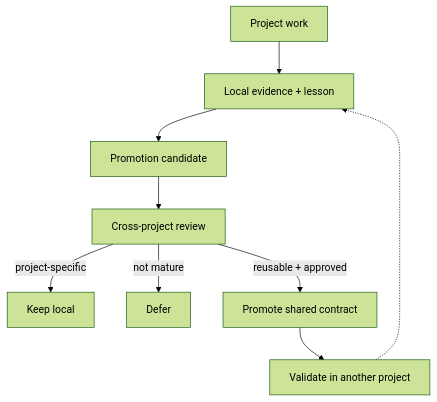
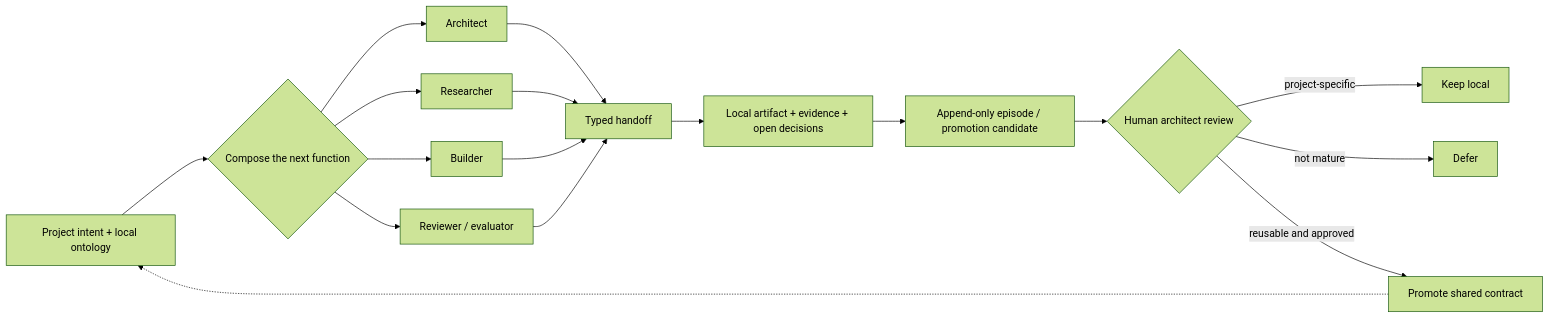
Before and after one commit to yiwei79/root-azoth: the fourth of 6 diagrams in docs/case-studies/narrow-success-broad-failure.md, drawn with Mermaid (forest theme). The commit also changed other lines of this file and 5 other files, not shown here.

````diff
--- a/docs/case-studies/narrow-success-broad-failure.md
+++ b/docs/case-studies/narrow-success-broad-failure.md
@@ -150,11 +222,19 @@
 ```mermaid
-flowchart TB
-    W["Project work"] --> E["Local evidence + lesson"]
-    E --> C["Promotion candidate"]
-    C --> R["Cross-project review"]
-    R -->|project-specific| L["Keep local"]
-    R -->|not mature| D["Defer"]
-    R -->|reusable + approved| P["Promote shared contract"]
-    P --> V["Validate in another project"]
-    V -.-> E
+flowchart LR
+    I["Project intent + local ontology"] --> C{"Compose the next function"}
+    C --> A["Architect"]
+    C --> R["Researcher"]
+    C --> B["Builder"]
+    C --> V["Reviewer / evaluator"]
+    A --> H["Typed handoff"]
+    R --> H
+    B --> H
+    V --> H
+    H --> E["Local artifact + evidence + open decisions"]
+    E --> P["Append-only episode / promotion candidate"]
+    P --> M{"Human architect review"}
+    M -->|project-specific| K["Keep local"]
+    M -->|not mature| D["Defer"]
+    M -->|reusable and approved| S["Promote shared contract"]
+    S -.-> I
 ```
````
